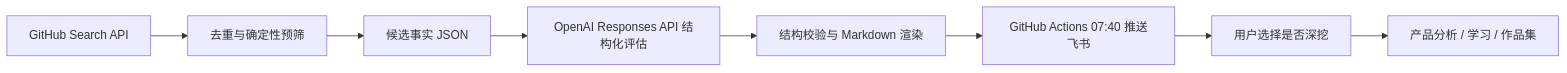
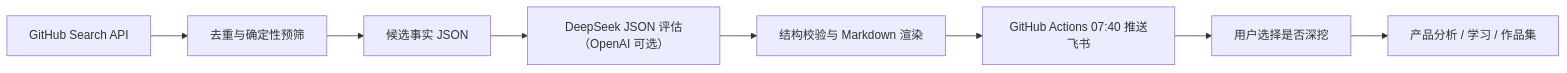
One commit to 2488439827xz-hue/- changed the diagram in README.md. Above: the diagram before and after it, drawn with Mermaid. The commit also changed other lines of this file and 9 other files, not shown here.

Commit message:
feat: add DeepSeek as default AI provider

````diff
--- a/README.md
+++ b/README.md
@@ -7,10 +7,10 @@
 ```mermaid
 flowchart LR
     A["GitHub Search API"] --> B["去重与确定性预筛"]
     B --> C["候选事实 JSON"]
-    C --> D["OpenAI Responses API 结构化评估"]
+    C --> D["DeepSeek JSON 评估（OpenAI 可选）"]
     D --> E["结构校验与 Markdown 渲染"]
     E --> F["GitHub Actions 07:40 推送飞书"]
     F --> G["用户选择是否深挖"]
     G --> H["产品分析 / 学习 / 作品集"]
 ```
````
